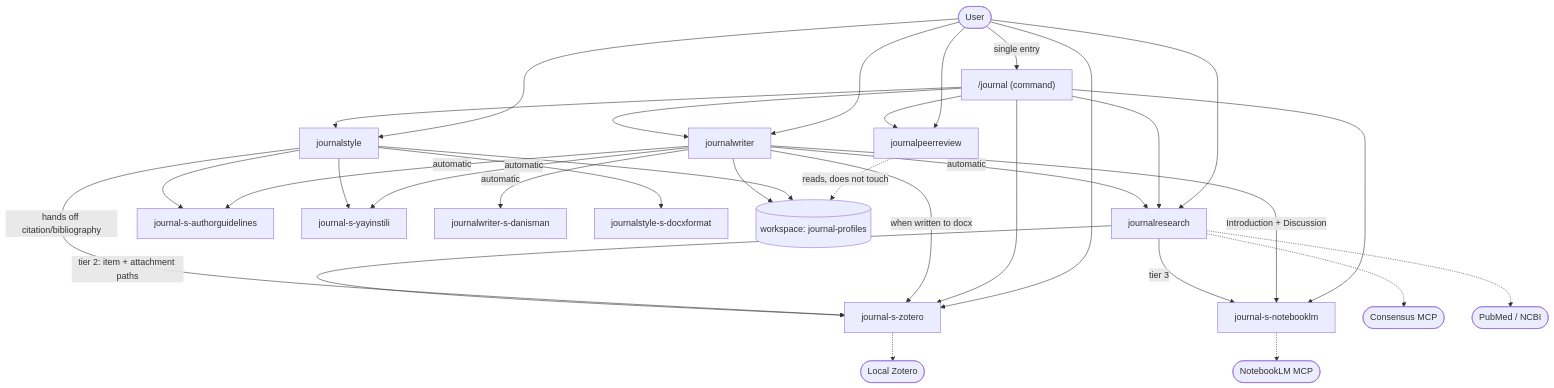
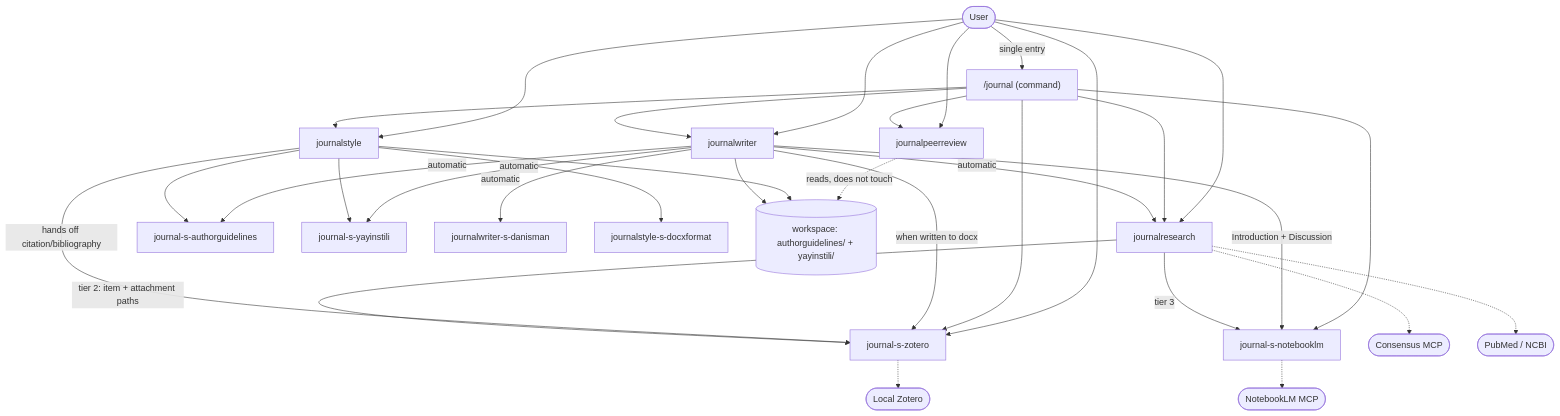
Before and after one commit to onurdavutdag/plugin-journal: the diagram in CLAUDE.md, drawn with Mermaid. The commit also changed other lines of this file and 11 other files, not shown here.

````diff
--- a/CLAUDE.md
+++ b/CLAUDE.md
@@ -561,39 +570,39 @@
 ```mermaid
 flowchart TD
     U([User]) --> W[journalwriter]
     U --> J[journalstyle]
     U --> R[journalresearch]
     U --> Z[journal-s-zotero]
     U --> P[journalpeerreview]
 
     U -->|single entry| C["/journal (command)"]
     C --> W
     C --> J
     C --> R
     C --> Z
     C --> P
     C --> NLMA
 
     W -->|automatic| R
     W -->|automatic| AG[journal-s-authorguidelines]
     W -->|automatic| YS[journal-s-yayinstili]
     W -->|automatic| DAN[journalwriter-s-danisman]
     W -->|when written to docx| Z
     W -->|Introduction + Discussion| NLMA[journal-s-notebooklm]
     NLMA -.-> NLM([NotebookLM MCP])
 
     J --> AG
     J --> YS
     J --> DF[journalstyle-s-docxformat]
     J -->|hands off citation/bibliography| Z
 
-    P -.->|reads, does not touch| PROF[(workspace: journal-profiles)]
+    P -.->|reads, does not touch| PROF[(workspace: authorguidelines/ + yayinstili/)]
     J --> PROF
     W --> PROF
 
     R -->|tier 3| NLMA
     R -->|tier 2: item + attachment paths| Z
     R -.-> CONS([Consensus MCP])
     R -.-> PUB([PubMed / NCBI])
     Z -.-> ZOT([Local Zotero])
 ```
````
